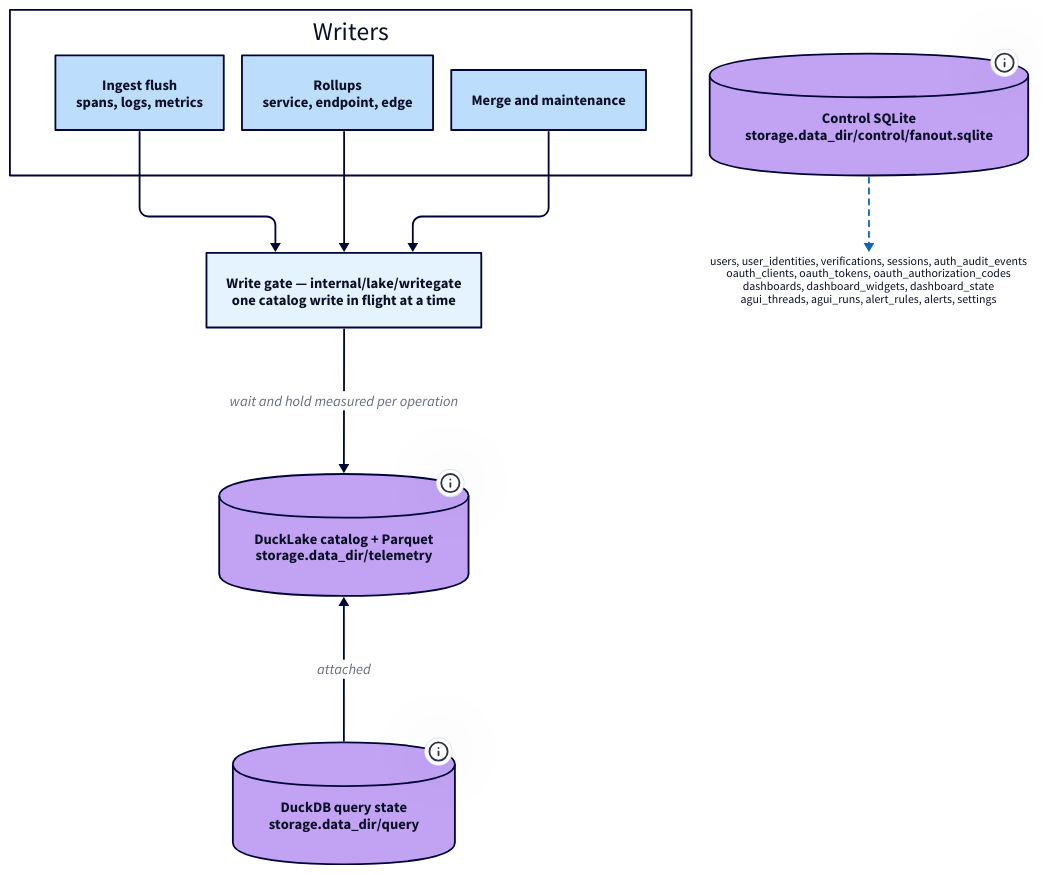
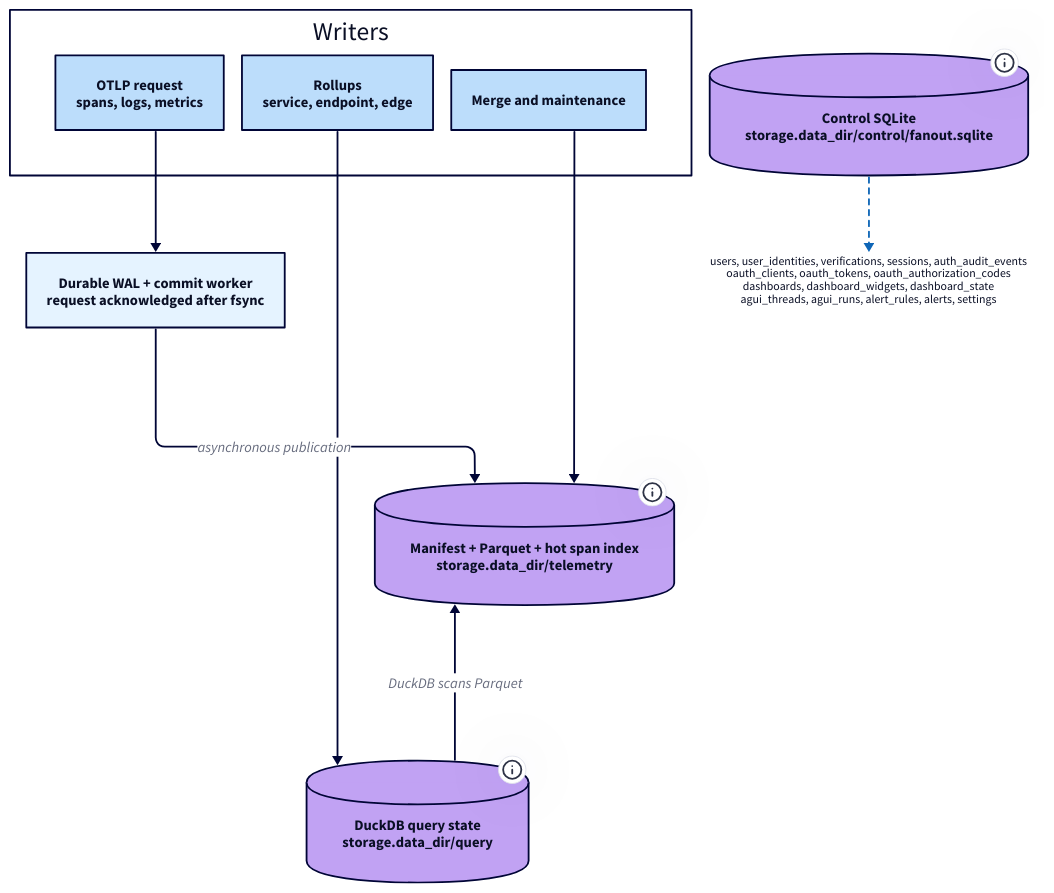
One commit to labstack/fanout changed the diagram in docs/diagrams/persistence.d2. Above: the diagram before and after it, drawn with D2. The commit also changed 56 other files, not shown here.

```diff
--- a/docs/diagrams/persistence.d2
+++ b/docs/diagrams/persistence.d2
@@ -1,53 +1,53 @@
 # Where Fanout keeps state, and what serializes writes to it.
 # Render with `just diagrams`; commit the generated SVG beside this file.
 
 direction: down
 
 vars: {
   d2-config: {
     layout-engine: elk
     theme-id: 5
   }
 }
 
 writers: Writers {
   style.fill: transparent
-  ingest: "Ingest flush\nspans, logs, metrics" {shape: rectangle}
+  ingest: "OTLP request\nspans, logs, metrics" {shape: rectangle}
   rollup: "Rollups\nservice, endpoint, edge" {shape: rectangle}
   maint: "Merge and maintenance" {shape: rectangle}
 }
 
-gate: "Write gate — internal/lake/writegate\none catalog write in flight at a time" {
+wal: "Durable WAL + commit worker\nrequest acknowledged after fsync" {
   shape: rectangle
   style: {
     stroke-width: 2
     bold: true
   }
 }
 
-telemetry: "DuckLake catalog + Parquet\nstorage.data_dir/telemetry" {
+telemetry: "Manifest + Parquet + hot span index\nstorage.data_dir/telemetry" {
   shape: cylinder
-  tooltip: Partitioned telemetry. Written only through the gate.
+  tooltip: Authoritative telemetry and its crash-recovery state.
 }
 
 querystate: "DuckDB query state\nstorage.data_dir/query" {
   shape: cylinder
-  tooltip: Catalog attachment and temp spill. Not the telemetry itself.
+  tooltip: Rebuildable rollups and temp spill. Not the telemetry itself.
 }
 
 control: "Control SQLite\nstorage.data_dir/control/fanout.sqlite" {
   shape: cylinder
   tooltip: Application state. Never on the telemetry write path.
 }
 
 control_tables: "users, user_identities, verifications, sessions, auth_audit_events\noauth_clients, oauth_tokens, oauth_authorization_codes\ndashboards, dashboard_widgets, dashboard_state\nagui_threads, agui_runs, alert_rules, alerts, settings" {
   shape: text
   style.font-size: 13
 }
 
-writers.ingest -> gate
-writers.rollup -> gate
-writers.maint -> gate
-gate -> telemetry: "wait and hold measured per operation"
-telemetry <- querystate: attached
+writers.ingest -> wal
+wal -> telemetry: "asynchronous publication"
+writers.rollup -> querystate
+writers.maint -> telemetry
+telemetry <- querystate: "DuckDB scans Parquet"
 control -> control_tables: {style.stroke-dash: 3}
```
